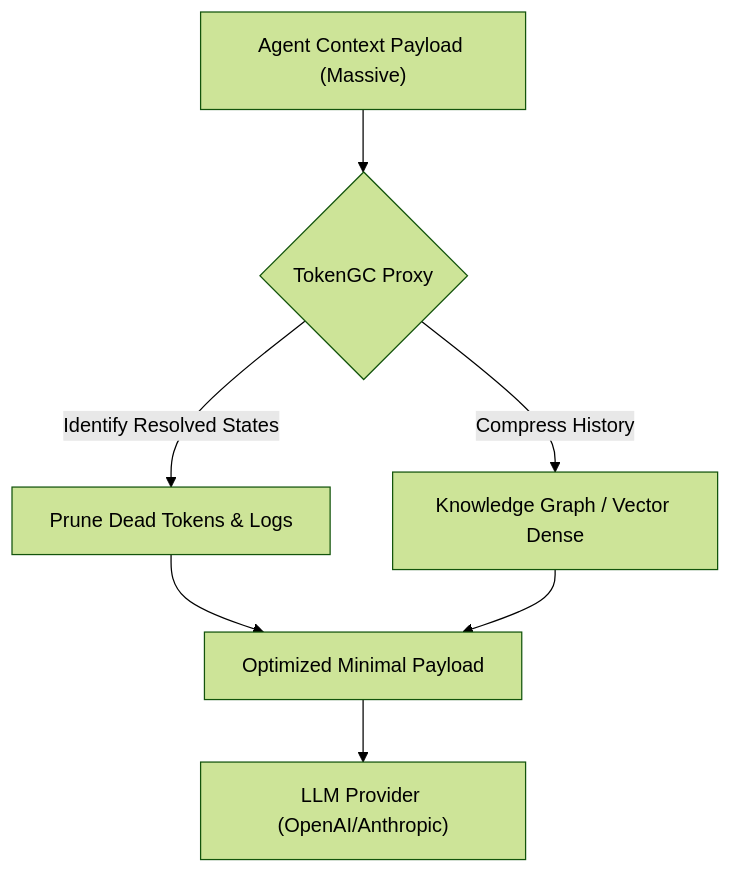
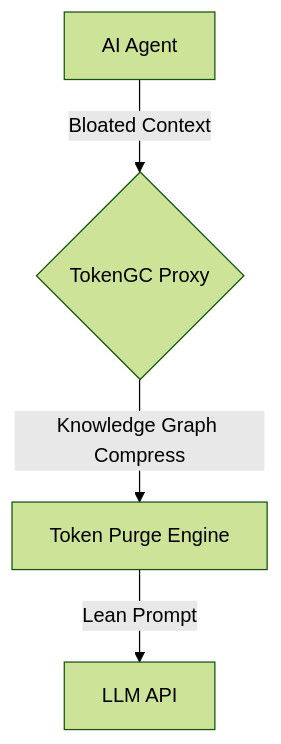
The first of 2 diagrams in ideas/token-gc/README.md (flouzzy/top-100-ai-startup-ideas), drawn with Mermaid (forest theme) before and after one commit. The commit also changed other lines of this file and 41 other files, not shown here.

````diff
--- a/ideas/token-gc/README.md
+++ b/ideas/token-gc/README.md
@@ -17,9 +17,7 @@
 ```mermaid
 graph TD
-    A["Agent Context Payload (Massive)"] --> B{"TokenGC Proxy"}
-    B -->|Identify Resolved States| C["Prune Dead Tokens & Logs"]
-    B -->|Compress History| D["Knowledge Graph / Vector Dense"]
-    C --> E["Optimized Minimal Payload"]
-    D --> E
-    E --> F["LLM Provider (OpenAI/Anthropic)"]
+    %% Architecture
+    A["AI Agent"] -->|Bloated Context| B{"TokenGC Proxy"}
+    B -->|Knowledge Graph Compress| C["Token Purge Engine"]
+    C -->|Lean Prompt| D["LLM API"]
 ```
````
